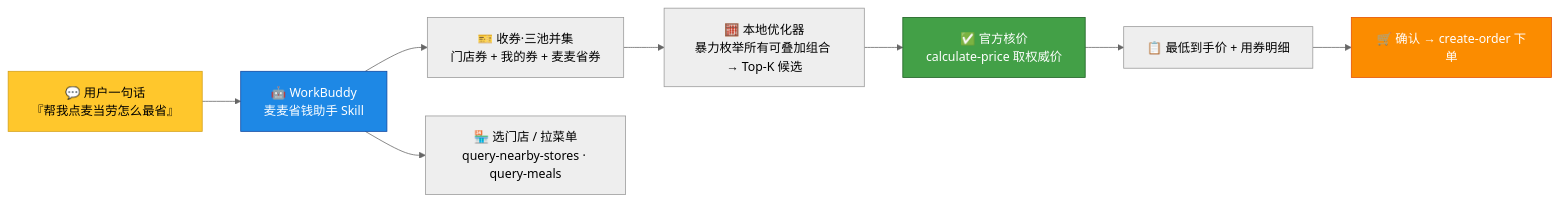
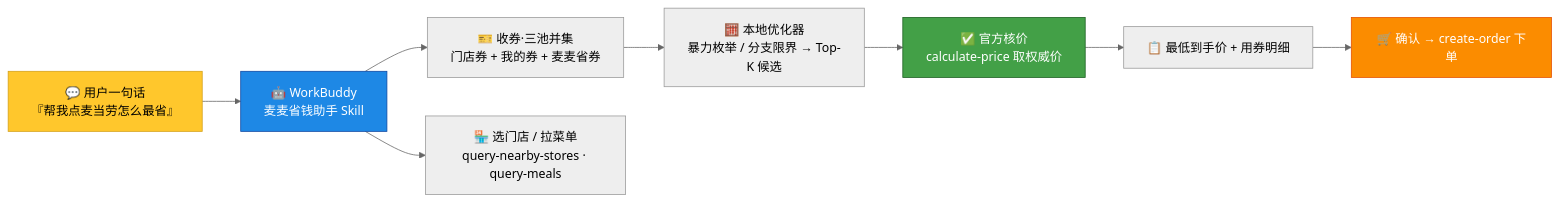
The diagram in README.md (kedamano/MC_mcd-money-saver), drawn with Mermaid (neutral theme) before and after one commit. The commit also changed other lines of this file, not shown here.

````diff
--- a/README.md
+++ b/README.md
@@ -64,15 +64,15 @@
 ```mermaid
 flowchart LR
     U["💬 用户一句话<br/>『帮我点麦当劳怎么最省』"] --> S["🤖 WorkBuddy<br/>麦麦省钱助手 Skill"]
     S --> C["🎫 收券·三池并集<br/>门店券 + 我的券 + 麦麦省券"]
     S --> M["🏪 选门店 / 拉菜单<br/>query-nearby-stores · query-meals"]
-    C --> O["🧮 本地优化器<br/>暴力枚举所有可叠加组合 → Top-K 候选"]
+    C --> O["🧮 本地优化器<br/>暴力枚举 / 分支限界 → Top-K 候选"]
     O --> V["✅ 官方核价<br/>calculate-price 取权威价"]
     V --> R["📋 最低到手价 + 用券明细"]
     R --> D["🛒 确认 → create-order 下单"]
 
     style U fill:#ffc72c,stroke:#d4a017,color:#000
     style S fill:#1e88e5,stroke:#0d47a1,color:#fff
     style V fill:#43a047,stroke:#1b5e20,color:#fff
     style D fill:#fb8c00,stroke:#e65100,color:#fff
 ```
````
